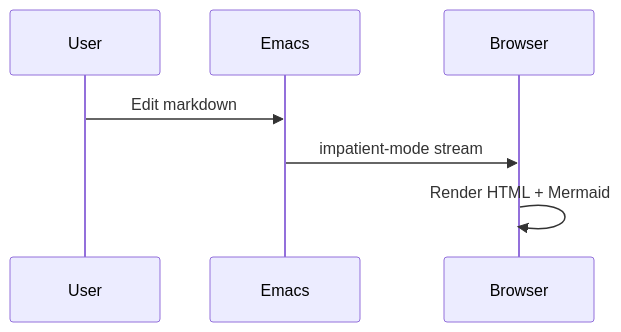
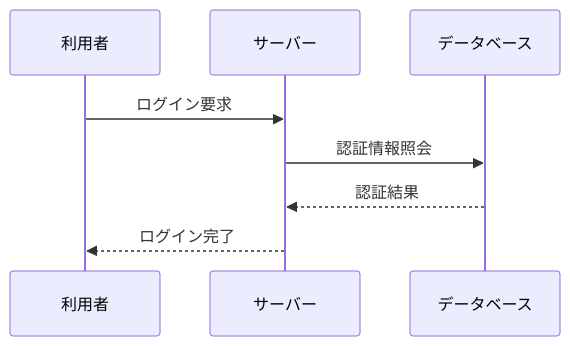
The second of 18 diagrams in docs/preview-test.md (ysano/dotfiles), drawn with Mermaid before and after one commit. The commit also changed other lines of this file, not shown here.

First line of the commit message:
docs: Mermaid全18ダイアグラム種の描画テストドキュメントに刷新

````diff
--- a/docs/preview-test.md
+++ b/docs/preview-test.md
@@ -73,9 +16,10 @@
 ```mermaid
 sequenceDiagram
-    participant U as User
-    participant E as Emacs
-    participant B as Browser
-    U->>E: Edit markdown
-    E->>B: impatient-mode stream
-    B->>B: Render HTML + Mermaid
+    participant U as 利用者
+    participant S as サーバー
+    participant D as データベース
+    U->>S: ログイン要求
+    S->>D: 認証情報照会
+    D-->>S: 認証結果
+    S-->>U: ログイン完了
 ```
````
